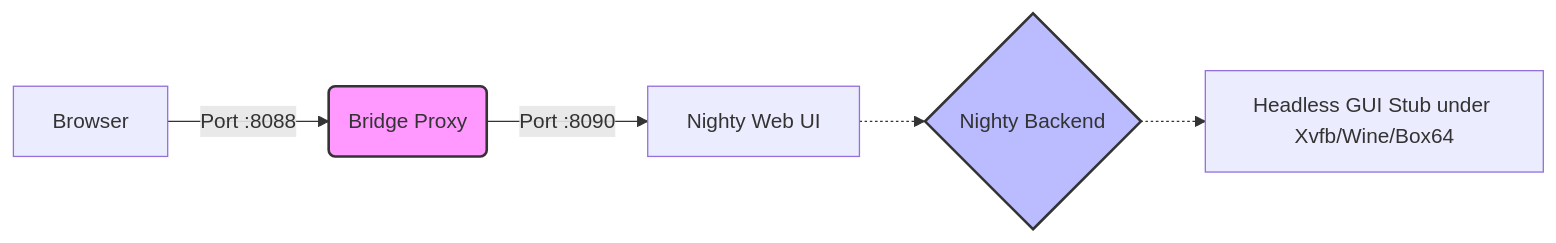
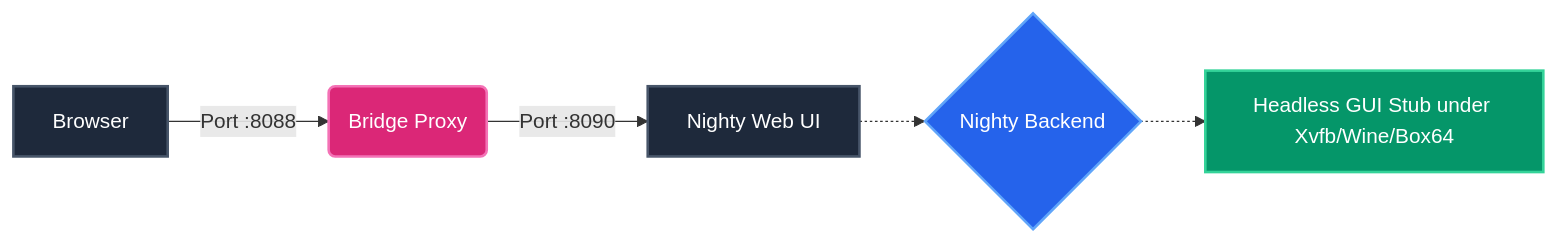
One commit to 69poorpotato/nighty-linux-headless changed the diagram in README.md. Above: the diagram before and after it, drawn with Mermaid. The commit also changed 1 other file, not shown here.

Commit message:
docs: improve Mermaid diagram contrast and text readability

````diff
--- a/README.md
+++ b/README.md
@@ -14,10 +14,13 @@
 ```mermaid
 graph LR
     A[Browser] -- "Port :8088" --> B(Bridge Proxy)
     B -- "Port :8090" --> C[Nighty Web UI]
     C -.-> D{Nighty Backend}
     D -.-> E[Headless GUI Stub under Xvfb/Wine/Box64]
-    
-    style B fill:#f9f,stroke:#333,stroke-width:2px
-    style D fill:#bbf,stroke:#333,stroke-width:2px
+
+    style A fill:#1e293b,stroke:#475569,stroke-width:2px,color:#ffffff
+    style B fill:#db2777,stroke:#f472b6,stroke-width:2px,color:#ffffff
+    style C fill:#1e293b,stroke:#475569,stroke-width:2px,color:#ffffff
+    style D fill:#2563eb,stroke:#60a5fa,stroke-width:2px,color:#ffffff
+    style E fill:#059669,stroke:#34d399,stroke-width:2px,color:#ffffff
 ```
````
